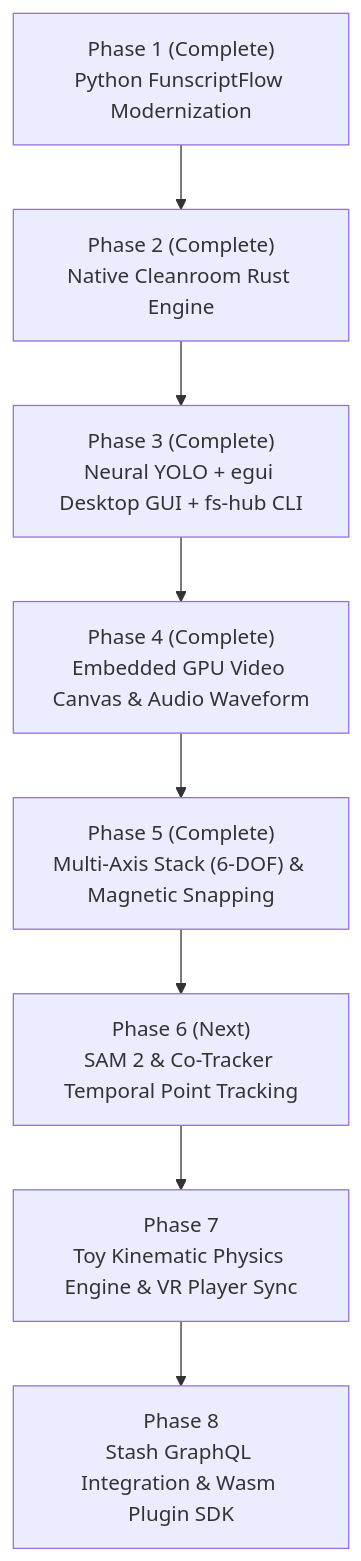
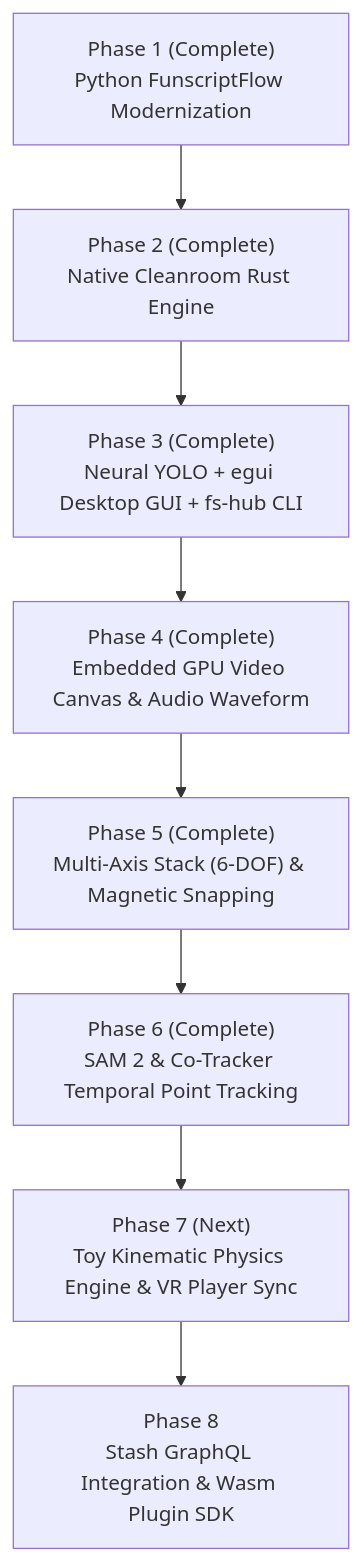
The diagram in MASTER_ROADMAP.md (gamerman420691337-arch/pulsar-fs), drawn with Mermaid before and after one commit. The commit also changed other lines of this file and 6 other files, not shown here.

Commit message:
feat: Phase 6 complete - SOTA neural vision, SAM 2 temporal point tracking, 3D pose estimation, and automated 6-DOF multi-axis generation

````diff
--- a/MASTER_ROADMAP.md
+++ b/MASTER_ROADMAP.md
@@ -127,10 +127,10 @@
 ```mermaid
 graph TD
     P1["Phase 1 (Complete)<br/>Python FunscriptFlow Modernization"] --> P2["Phase 2 (Complete)<br/>Native Cleanroom Rust Engine"]
     P2 --> P3["Phase 3 (Complete)<br/>Neural YOLO + egui Desktop GUI + fs-hub CLI"]
     P3 --> P4["Phase 4 (Complete)<br/>Embedded GPU Video Canvas & Audio Waveform"]
     P4 --> P5["Phase 5 (Complete)<br/>Multi-Axis Stack (6-DOF) & Magnetic Snapping"]
-    P5 --> P6["Phase 6 (Next)<br/>SAM 2 & Co-Tracker Temporal Point Tracking"]
-    P6 --> P7["Phase 7<br/>Toy Kinematic Physics Engine & VR Player Sync"]
+    P5 --> P6["Phase 6 (Complete)<br/>SAM 2 & Co-Tracker Temporal Point Tracking"]
+    P6 --> P7["Phase 7 (Next)<br/>Toy Kinematic Physics Engine & VR Player Sync"]
     P7 --> P8["Phase 8<br/>Stash GraphQL Integration & Wasm Plugin SDK"]
 ```
````
